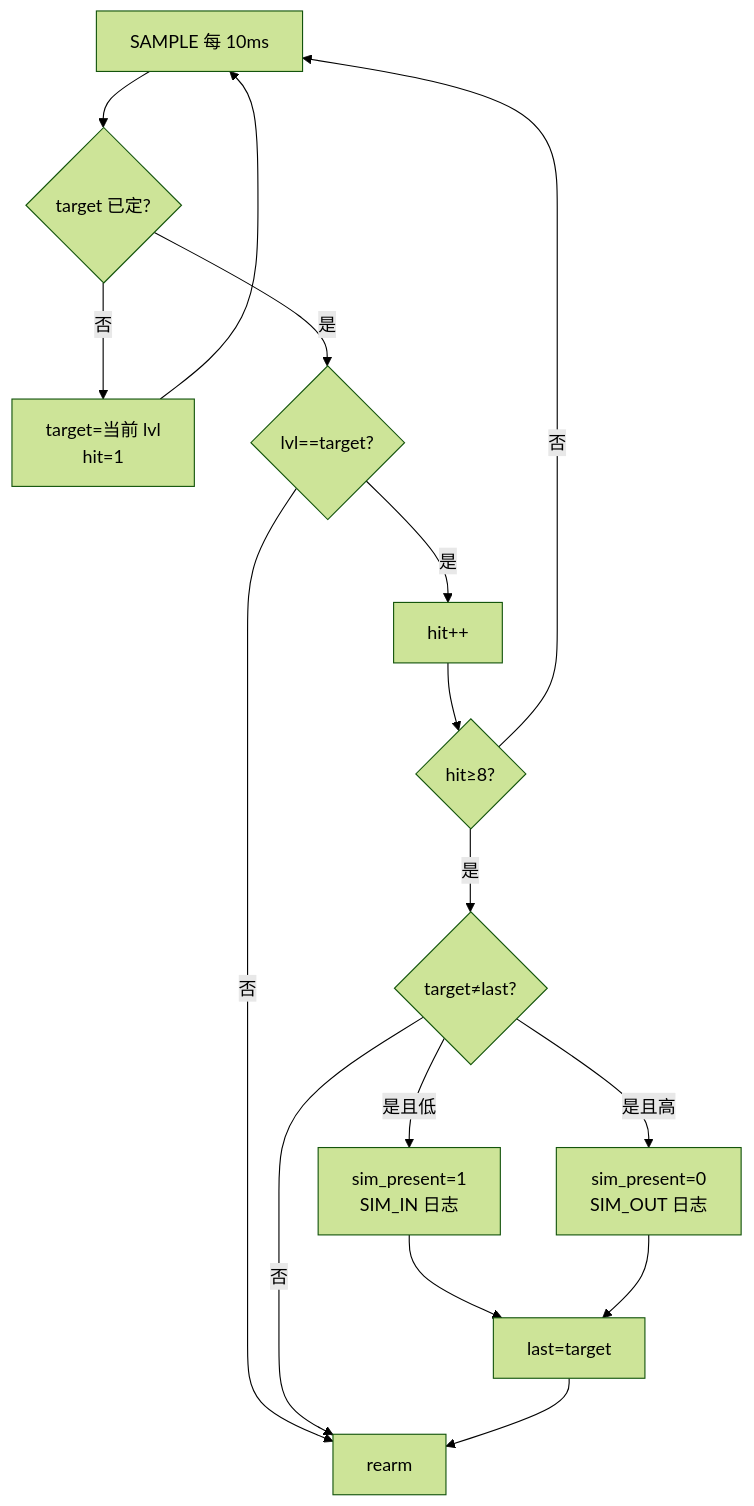
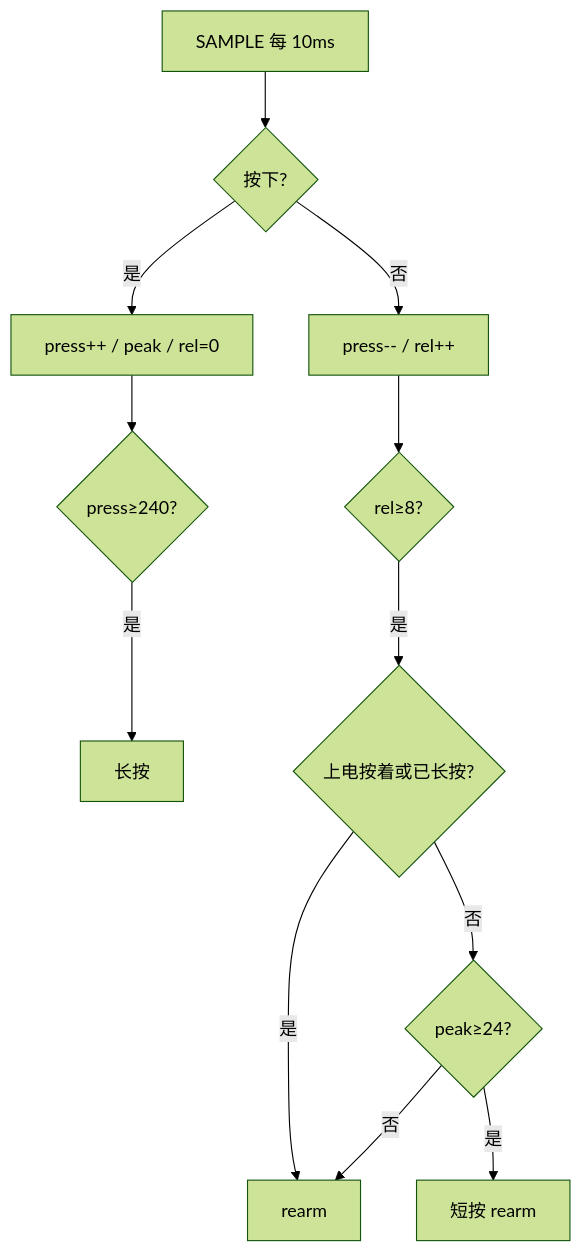
The second of 2 diagrams in BSP/key/flow.md (fenglong2018/MB-A01-PRO), drawn with Mermaid (forest theme) before and after one commit. The commit also changed other lines of this file and 86 other files, not shown here.

````diff
--- a/BSP/key/flow.md
+++ b/BSP/key/flow.md
@@ -213,18 +86,14 @@
 ```mermaid
 flowchart TD
-  S0[SAMPLE 每 10ms] --> A{target 已定?}
-  A -->|否| B[target=当前 lvl<br/>hit=1]
-  B --> S0
-  A -->|是| C{lvl==target?}
-  C -->|否| R[rearm]
-  C -->|是| D[hit++]
-  D --> E{hit≥8?}
-  E -->|否| S0
-  E -->|是| F{target≠last?}
-  F -->|是且低| G[sim_present=1<br/>SIM_IN 日志]
-  F -->|是且高| H[sim_present=0<br/>SIM_OUT 日志]
-  F -->|否| R
-  G --> I[last=target]
-  H --> I
-  I --> R
+  A[SAMPLE 每 10ms] --> B{按下?}
+  B -->|是| C[press++ / peak / rel=0]
+  C --> D{press≥240?}
+  D -->|是| E[长按]
+  B -->|否| F[press-- / rel++]
+  F --> G{rel≥8?}
+  G -->|是| H{上电按着或已长按?}
+  H -->|是| R[rearm]
+  H -->|否| I{peak≥24?}
+  I -->|是| S[短按 rearm]
+  I -->|否| R
 ```
````
